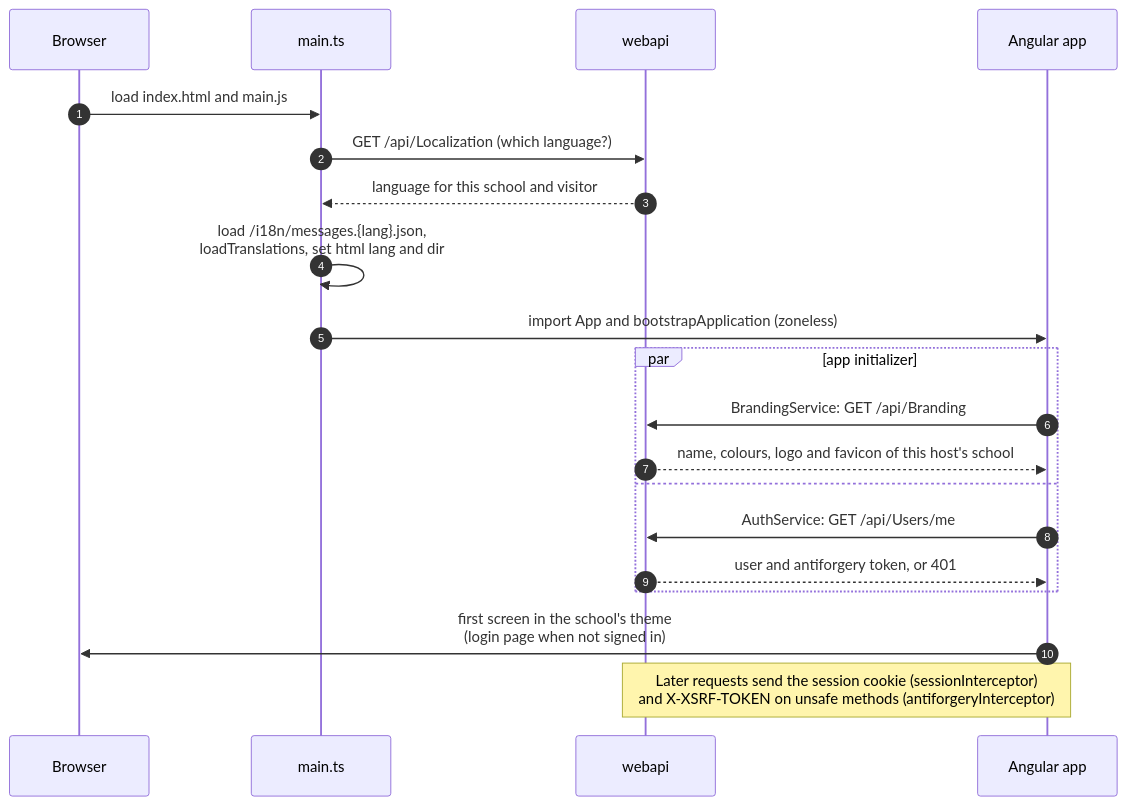
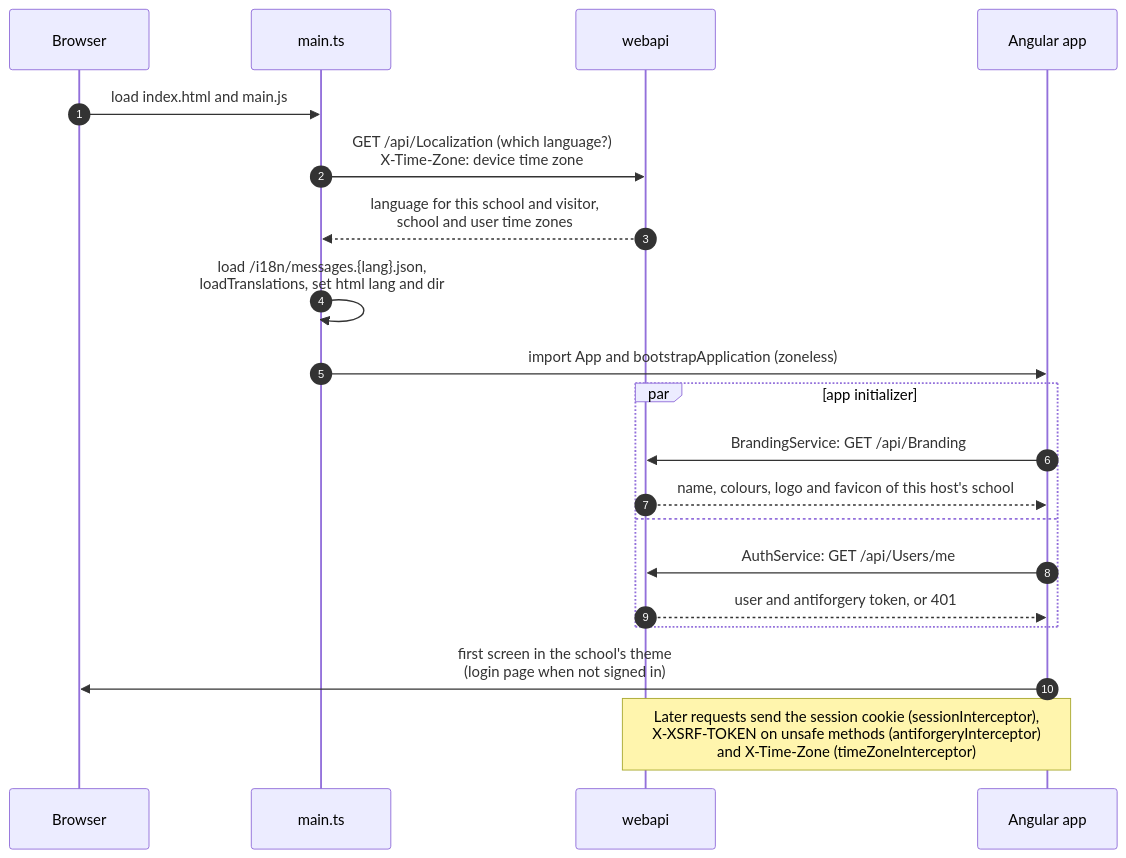
Before and after one commit to ahmedshahjr/Education-Portal: diagram 15 of 19 in README.md, drawn with Mermaid. The commit also changed other lines of this file and 24 other files, not shown here.

First line of the commit message:
Save language per user and send the caller's time zone

````diff
--- a/README.md
+++ b/README.md
@@ -617,22 +622,22 @@
 ```mermaid
 sequenceDiagram
     autonumber
     participant Br as Browser
     participant Main as main.ts
     participant Api as webapi
     participant App as Angular app
     Br->>Main: load index.html and main.js
-    Main->>Api: GET /api/Localization (which language?)
-    Api-->>Main: language for this school and visitor
+    Main->>Api: GET /api/Localization (which language?)<br/>X-Time-Zone: device time zone
+    Api-->>Main: language for this school and visitor,<br/>school and user time zones
     Main->>Main: load /i18n/messages.{lang}.json,<br/>loadTranslations, set html lang and dir
     Main->>App: import App and bootstrapApplication (zoneless)
     par app initializer
         App->>Api: BrandingService: GET /api/Branding
         Api-->>App: name, colours, logo and favicon of this host's school
     and
         App->>Api: AuthService: GET /api/Users/me
         Api-->>App: user and antiforgery token, or 401
     end
     App->>Br: first screen in the school's theme<br/>(login page when not signed in)
-    Note over App,Api: Later requests send the session cookie (sessionInterceptor)<br/>and X-XSRF-TOKEN on unsafe methods (antiforgeryInterceptor)
+    Note over App,Api: Later requests send the session cookie (sessionInterceptor),<br/>X-XSRF-TOKEN on unsafe methods (antiforgeryInterceptor)<br/>and X-Time-Zone (timeZoneInterceptor)
 ```
````
